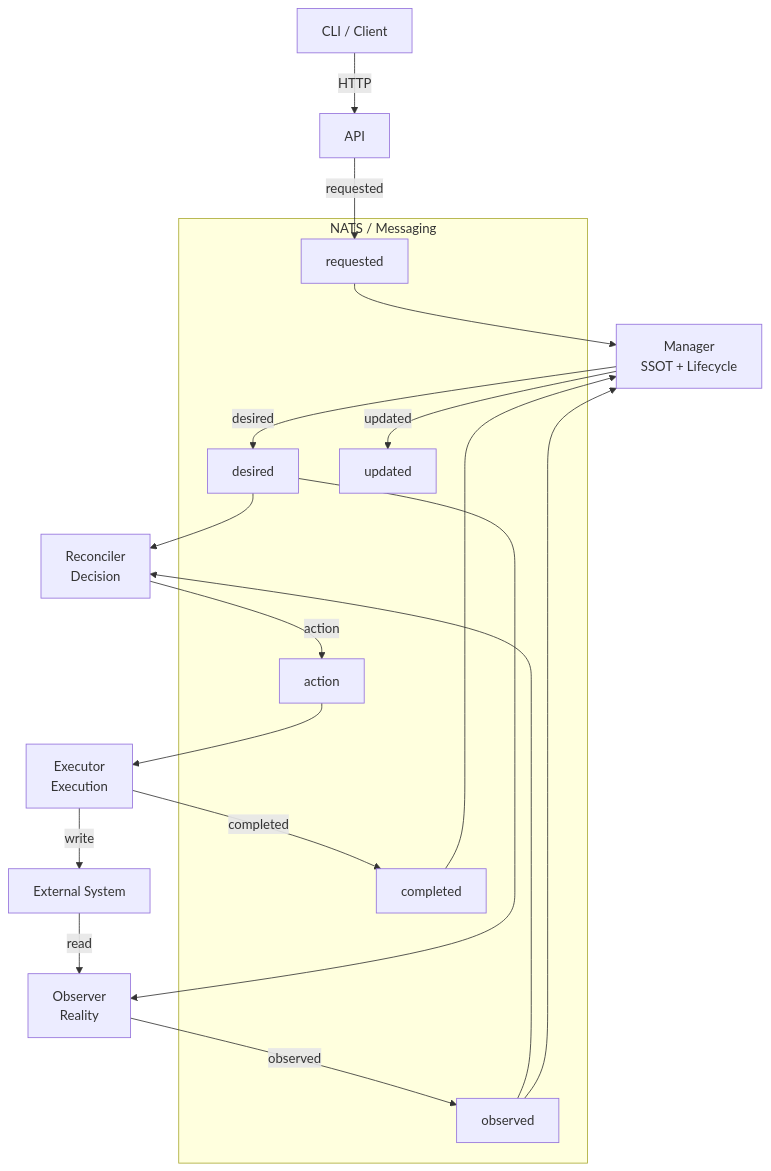
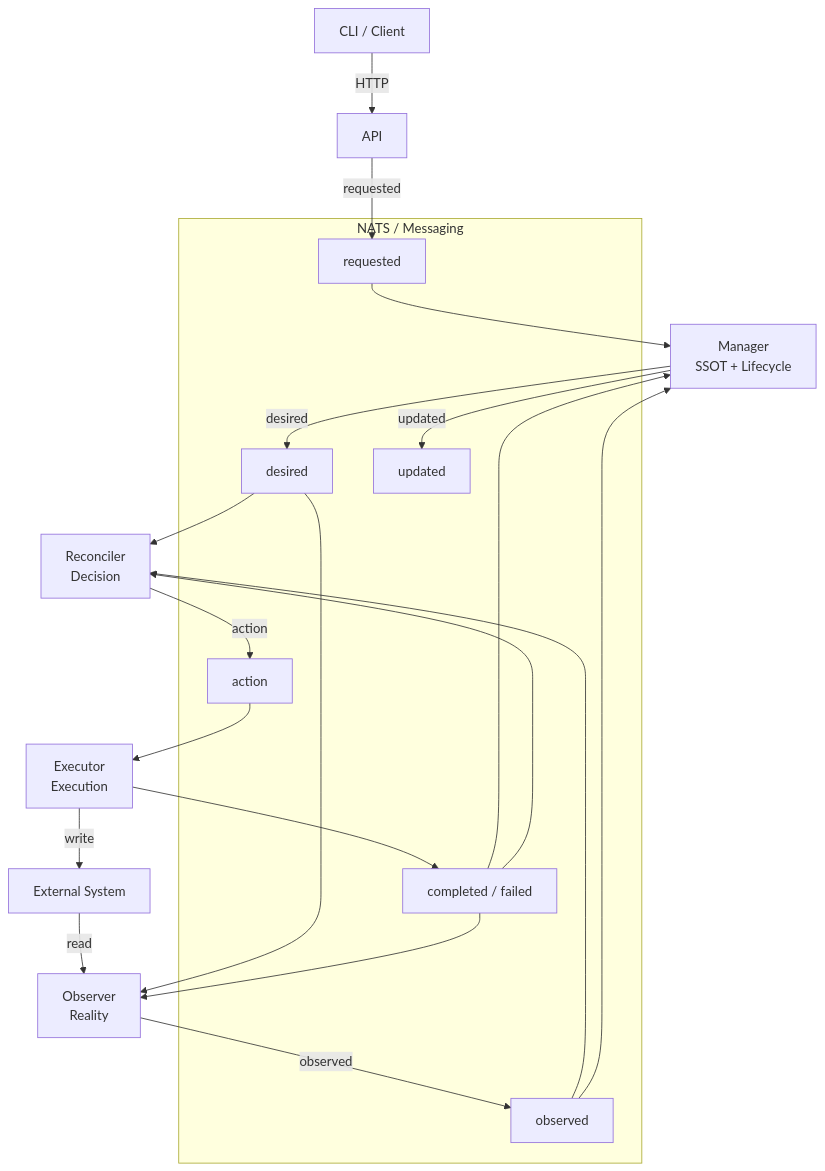
Before and after one commit to danielsabatini/smarkee: the second of 18 diagrams in docs/RESOURCE-CONTROL-LOOP.md, drawn with Mermaid. The commit also changed other lines of this file, not shown here.

First line of the commit message:
docs(control-loop): corrigir actionId, desfecho no Executor, ordenacao causal e coordenacao da observacao

````diff
--- a/docs/RESOURCE-CONTROL-LOOP.md
+++ b/docs/RESOURCE-CONTROL-LOOP.md
@@ -288,46 +287,46 @@
 ```mermaid
 flowchart TB
 
     Client[CLI / Client]
     API[API]
 
     subgraph Messaging[NATS / Messaging]
         Requested[requested]
         Desired[desired]
         Observed[observed]
         Action[action]
-        Completed[completed]
+        Result[completed / failed]
         Updated[updated]
     end
 
     Manager[Manager<br/>SSOT + Lifecycle]
     Observer[Observer<br/>Reality]
     Reconciler[Reconciler<br/>Decision]
     Executor[Executor<br/>Execution]
 
     External[External System]
 
     Client -->|HTTP| API
-
     API -->|requested| Requested
     Requested --> Manager
 
     Manager -->|desired| Desired
     Desired --> Reconciler
     Desired --> Observer
 
     External -->|read| Observer
     Observer -->|observed| Observed
     Observed --> Reconciler
+    Observed --> Manager
 
     Reconciler -->|action| Action
     Action --> Executor
 
     Executor -->|write| External
-    Executor -->|completed| Completed
-
-    Completed --> Manager
-    Observed --> Manager
+    Executor --> Result
+    Result --> Manager
+    Result --> Observer
+    Result --> Reconciler
 
     Manager -->|updated| Updated
 ```
````
